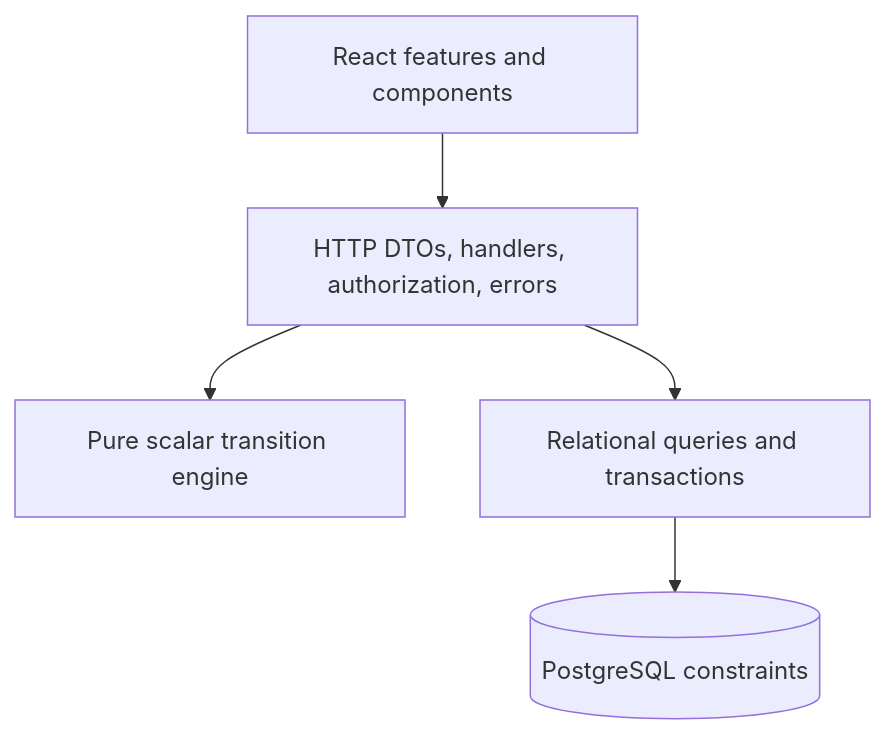
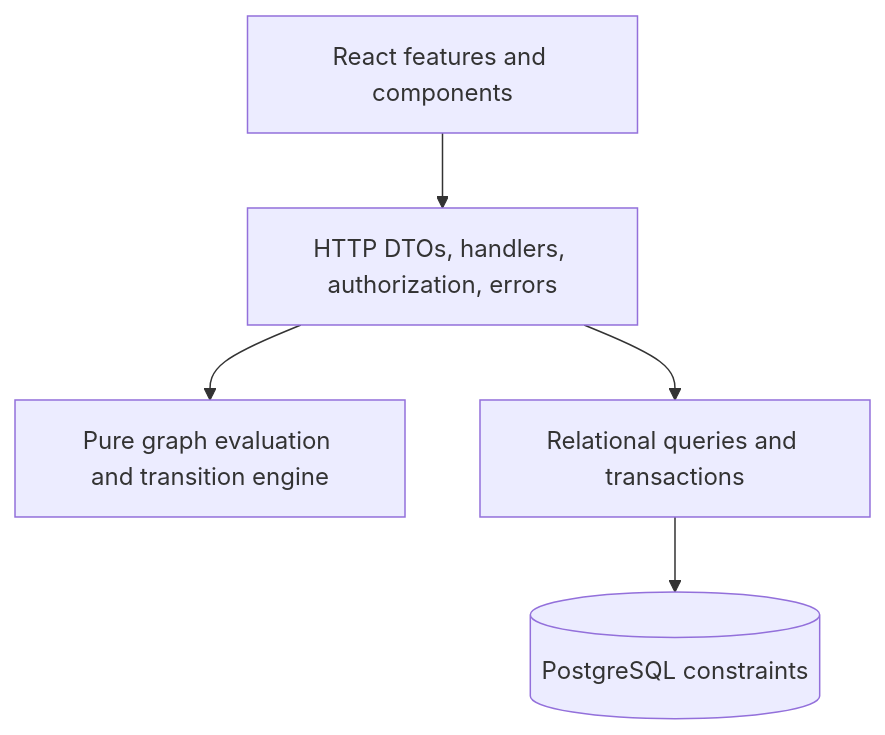
One commit to JTan2231/gezerah changed the third of 6 diagrams in docs/architecture.md. Above: the diagram before and after it, drawn with Mermaid. The commit also changed other lines of this file and 54 other files, not shown here.

Commit message:
implement typed rule graphs and persistent statuses

````diff
--- a/docs/architecture.md
+++ b/docs/architecture.md
@@ -73,13 +76,13 @@
 ```mermaid
 flowchart TD
     UI[React features and components]
     HTTP[HTTP DTOs, handlers, authorization, errors]
-    Rules[Pure scalar transition engine]
+    Rules[Pure graph evaluation and transition engine]
     Store[Relational queries and transactions]
     PG[(PostgreSQL constraints)]
 
     UI --> HTTP
     HTTP --> Rules
     HTTP --> Store
     Store --> PG
 ```
````
